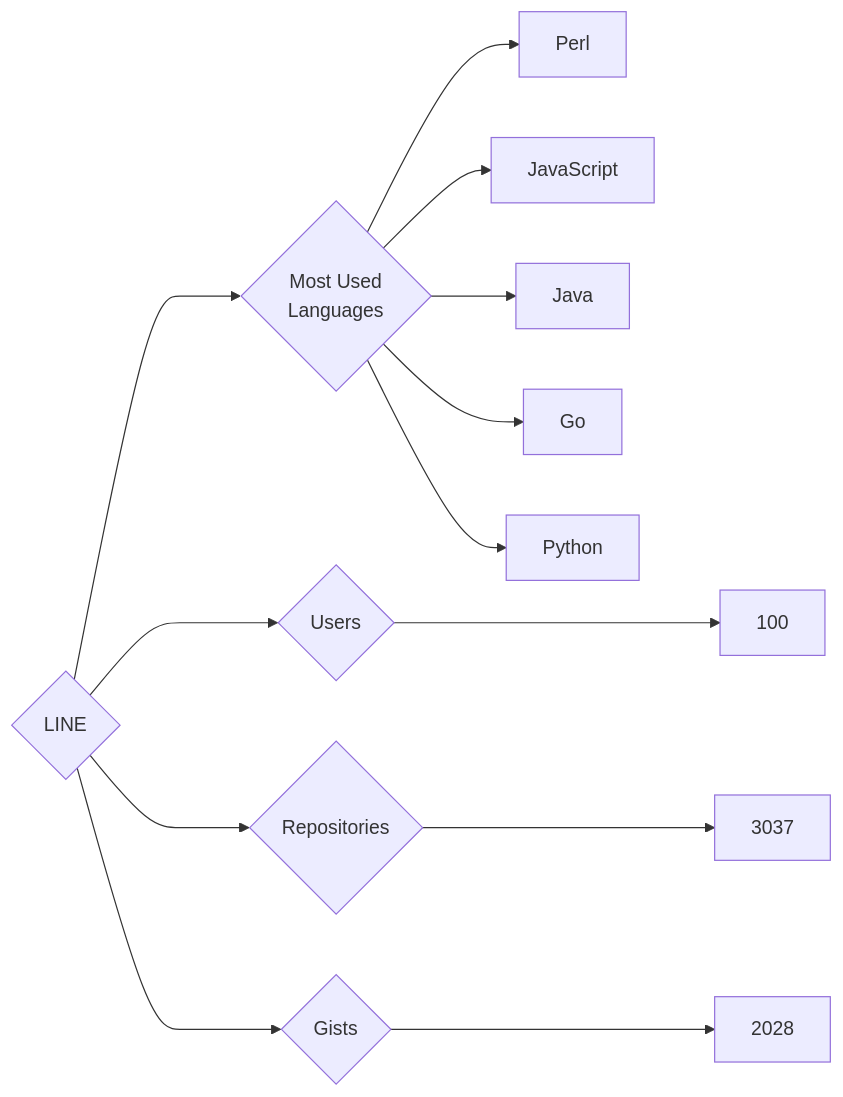
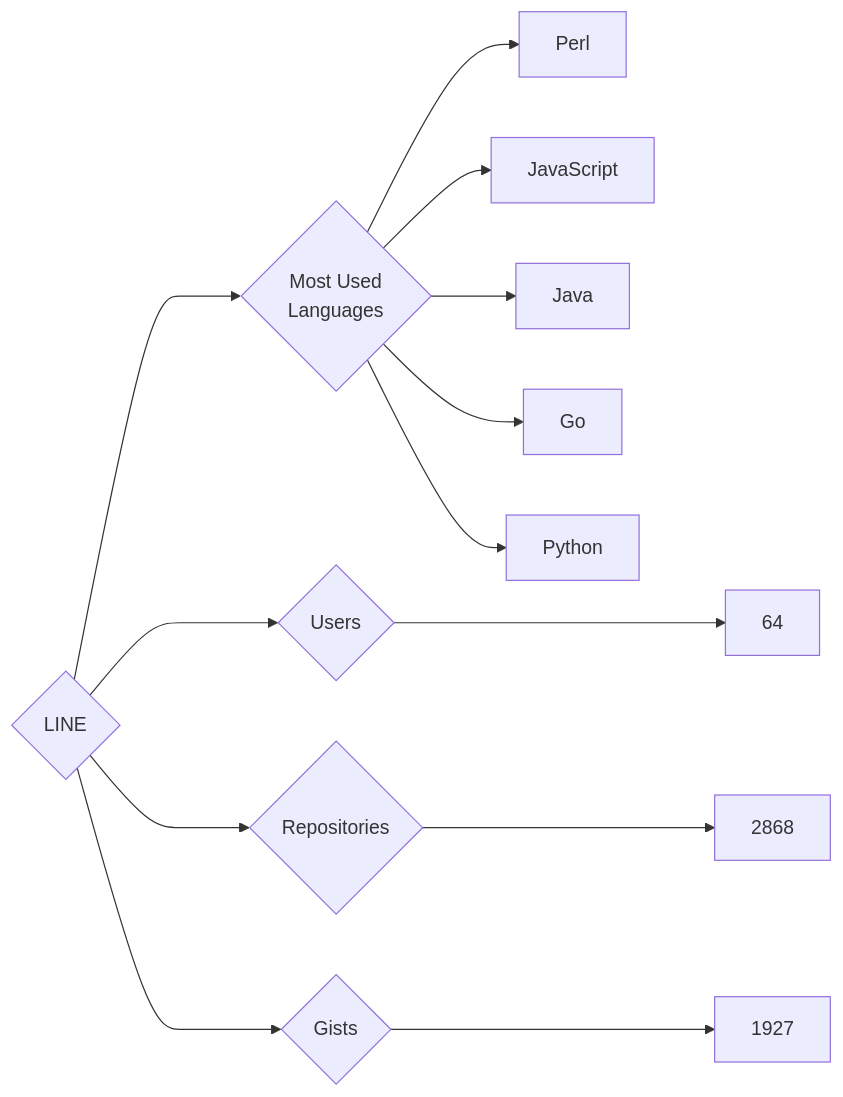
One commit to trickest/insiders changed the diagram in targets/LINE/README.md. Above: the diagram before and after it, drawn with Mermaid. The commit also changed 752 other files, not shown here.

````diff
--- a/targets/LINE/README.md
+++ b/targets/LINE/README.md
@@ -3,13 +3,13 @@
 ```mermaid
 graph LR
 COMPANY_NAME{LINE}
-COMPANY_NAME ---> U{Users} ---> UN[100]
-COMPANY_NAME ---> R{Repositories} ---> RN[3037]
-COMPANY_NAME ---> G{Gists} ---> GN[2028]
+COMPANY_NAME ---> U{Users} ---> UN[64]
+COMPANY_NAME ---> R{Repositories} ---> RN[2868]
+COMPANY_NAME ---> G{Gists} ---> GN[1927]
 COMPANY_NAME ---> ML{Most Used<br>Languages}
 ML --> Perl[Perl]
 ML --> JavaScript[JavaScript]
 ML --> Java[Java]
 ML --> Go[Go]
 ML --> Python[Python]
 ```
````
